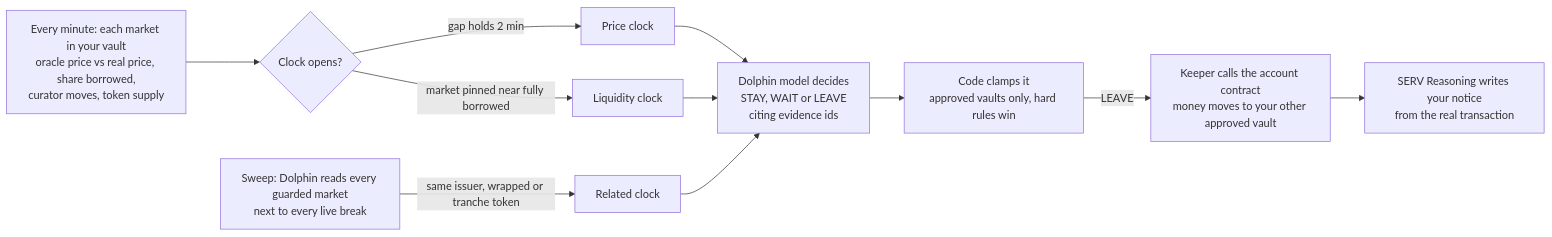
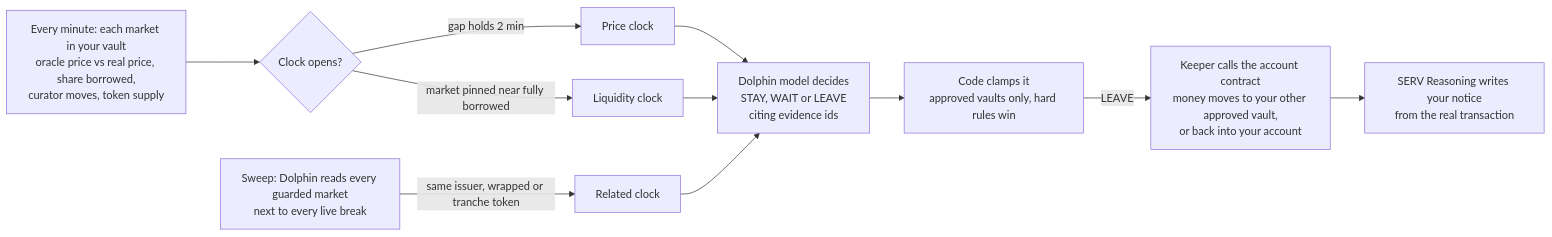
One commit to jenzylove/lifeboat changed the diagram in README.md. Above: the diagram before and after it, drawn with Mermaid. The commit also changed other lines of this file and 11 other files, not shown here.

````diff
--- a/README.md
+++ b/README.md
@@ -47,11 +46,11 @@
 ```mermaid
 flowchart LR
   A[Every minute: each market in your vault<br/>oracle price vs real price, share borrowed,<br/>curator moves, token supply] --> B{Clock opens?}
   B -- gap holds 2 min --> C[Price clock]
   B -- market pinned near fully borrowed --> D[Liquidity clock]
   S[Sweep: Dolphin reads every guarded market<br/>next to every live break] -- same issuer, wrapped or tranche token --> E[Related clock]
   C & D & E --> F[Dolphin model decides<br/>STAY, WAIT or LEAVE<br/>citing evidence ids]
   F --> G[Code clamps it<br/>approved vaults only, hard rules win]
-  G -- LEAVE --> H[Keeper calls the account contract<br/>money moves to your other approved vault]
+  G -- LEAVE --> H[Keeper calls the account contract<br/>money moves to your other approved vault,<br/>or back into your account]
   H --> I[SERV Reasoning writes your notice<br/>from the real transaction]
 ```
````
